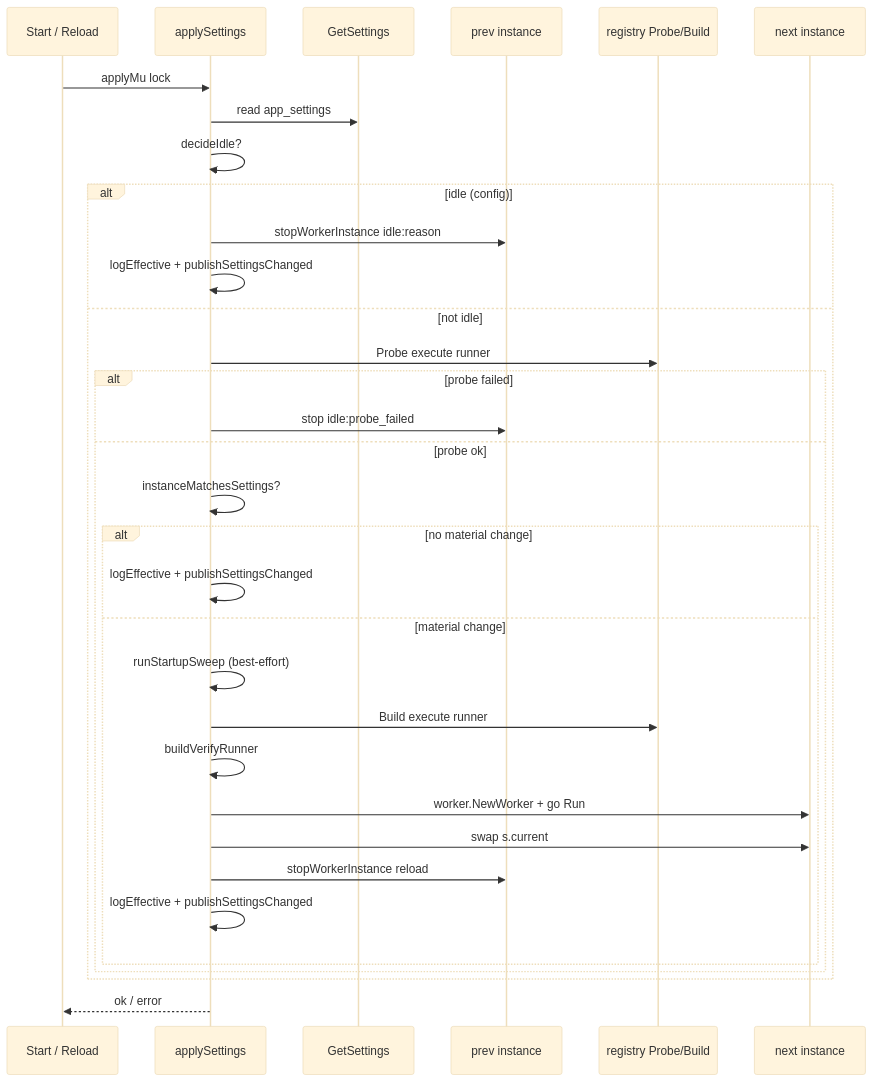
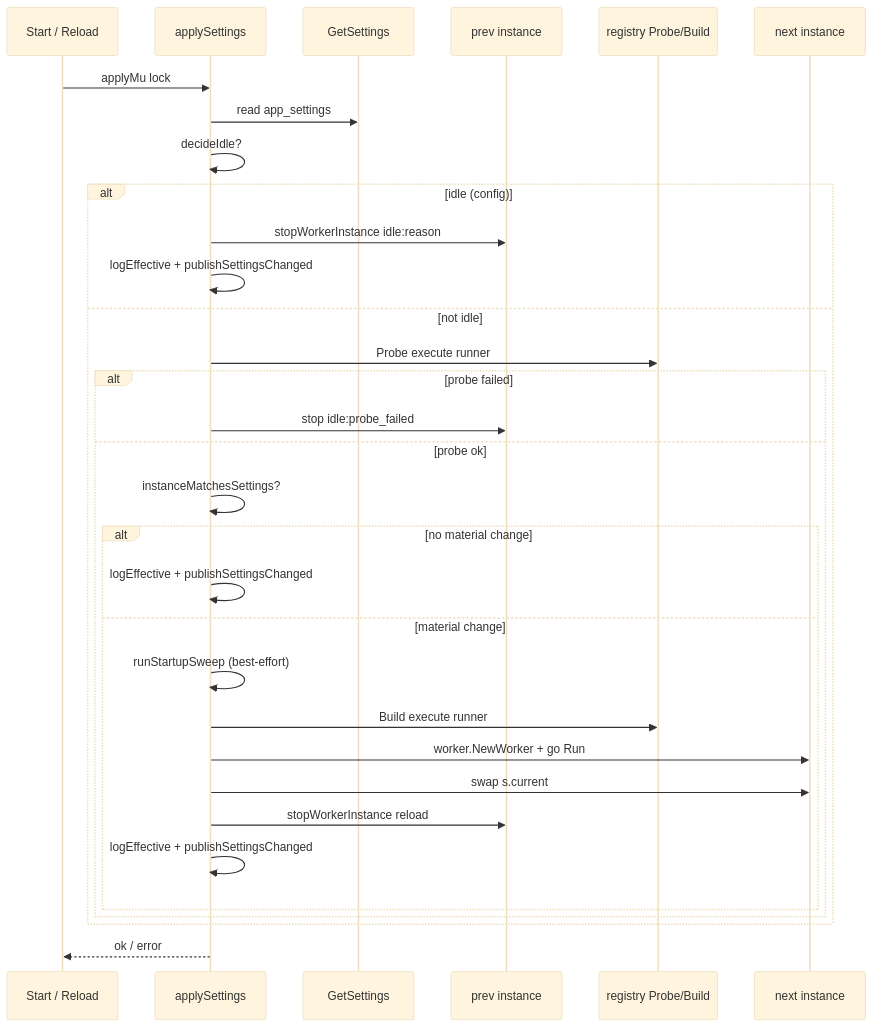
The second of 2 diagrams in docs/domain/agent-supervisor.md (Hamix-Labs/project-management), drawn with Mermaid (base theme) before and after one commit. The commit also changed other lines of this file and 1 other file, not shown here.

First line of the commit message:
docs: drop verify-runner supervisor narrative

````diff
--- a/docs/domain/agent-supervisor.md
+++ b/docs/domain/agent-supervisor.md
@@ -142,36 +140,35 @@
 ```mermaid
 sequenceDiagram
   participant Caller as Start / Reload
   participant Apply as applySettings
   participant Store as GetSettings
   participant Prev as prev instance
   participant Reg as registry Probe/Build
   participant Next as next instance
 
   Caller->>Apply: applyMu lock
   Apply->>Store: read app_settings
   Apply->>Apply: decideIdle?
   alt idle (config)
     Apply->>Prev: stopWorkerInstance idle:reason
     Apply->>Apply: logEffective + publishSettingsChanged
   else not idle
     Apply->>Reg: Probe execute runner
     alt probe failed
       Apply->>Prev: stop idle:probe_failed
     else probe ok
       Apply->>Apply: instanceMatchesSettings?
       alt no material change
         Apply->>Apply: logEffective + publishSettingsChanged
       else material change
         Apply->>Apply: runStartupSweep (best-effort)
         Apply->>Reg: Build execute runner
-        Apply->>Apply: buildVerifyRunner
         Apply->>Next: worker.NewWorker + go Run
         Apply->>Next: swap s.current
         Apply->>Prev: stopWorkerInstance reload
         Apply->>Apply: logEffective + publishSettingsChanged
       end
     end
   end
   Apply-->>Caller: ok / error
 ```
````
